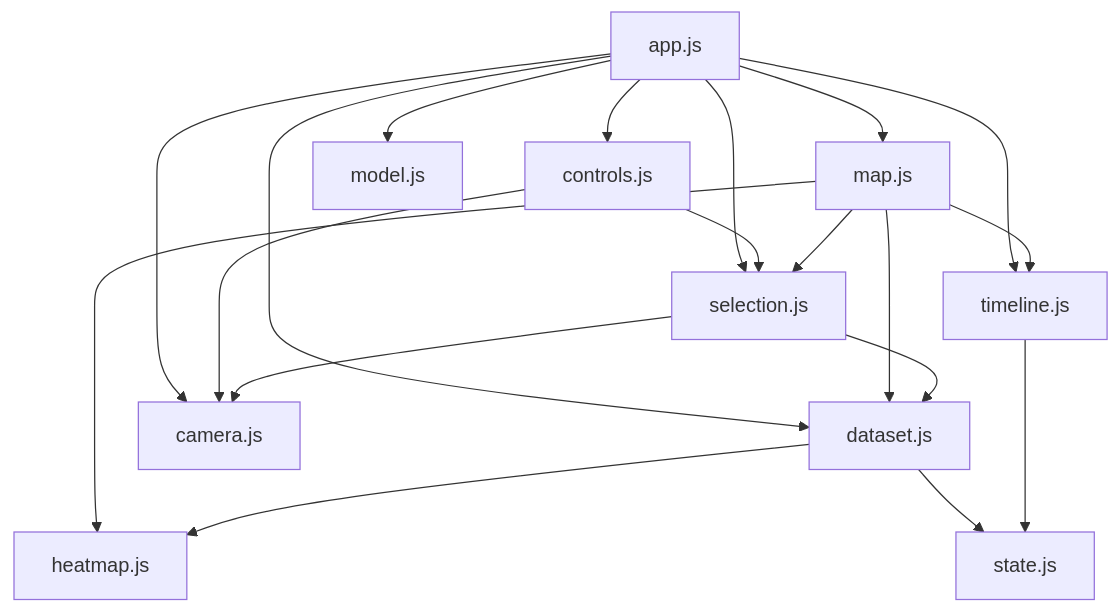
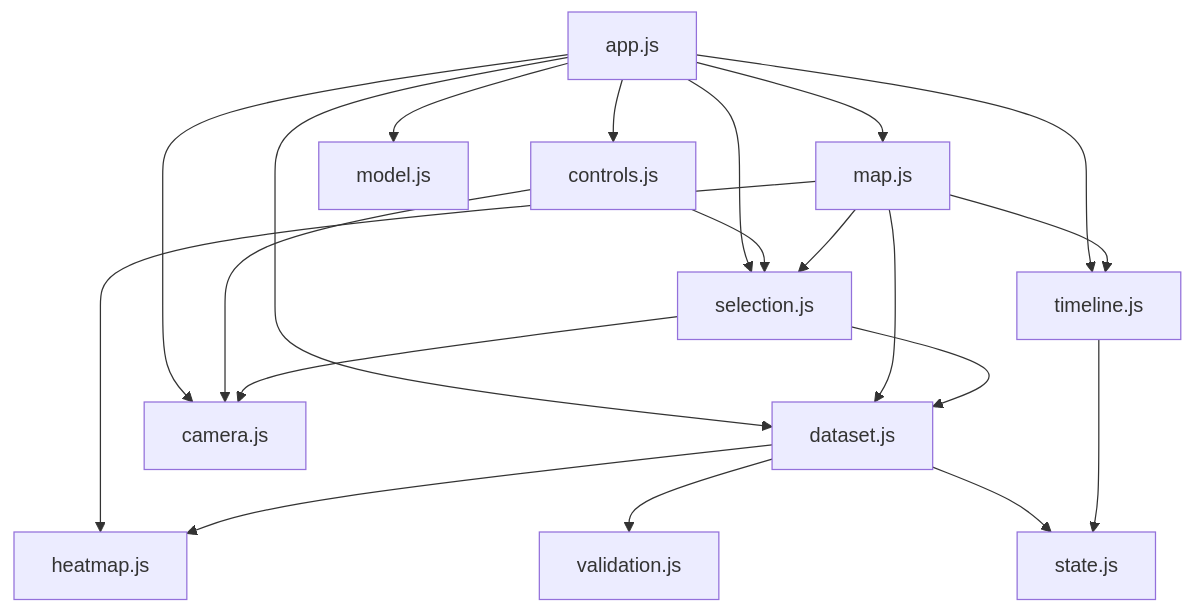
One commit to lianeheidemann/object-inspector changed the diagram in docs/README.md. Above: the diagram before and after it, drawn with Mermaid. The commit also changed other lines of this file and 22 other files, not shown here.

````diff
--- a/docs/README.md
+++ b/docs/README.md
@@ -83,21 +69,22 @@
 ```mermaid
 graph TD
   app[app.js] --> controls[controls.js]
   app --> map[map.js]
   app --> model[model.js]
   app --> timeline[timeline.js]
   app --> dataset[dataset.js]
   app --> selection[selection.js]
   app --> camera[camera.js]
   controls --> camera
   controls --> selection
   map --> selection
   map --> timeline
   map --> heatmap[heatmap.js]
   map --> dataset
   selection --> camera
   selection --> dataset
   dataset --> heatmap
+  dataset --> validation[validation.js]
   dataset --> state[state.js]
   timeline --> state
 ```
````
